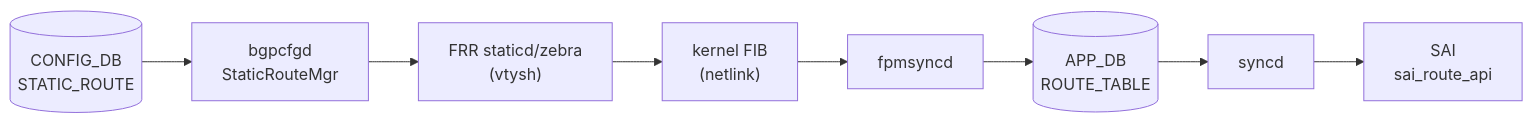
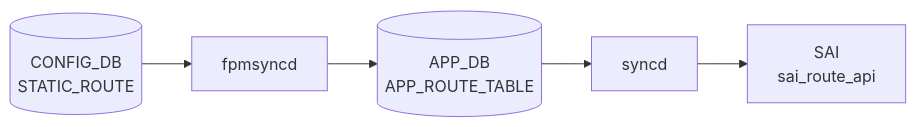
The diagram in docs/reference/config-db/static-route.md (aoki-taquan/sonic-unofficial-docs), drawn with Mermaid before and after one commit. The commit also changed 6 other files, not shown here.

Commit message:
chore(config-db): regenerate mermaid blocks after merge

````diff
--- a/docs/reference/config-db/static-route.md
+++ b/docs/reference/config-db/static-route.md
@@ -33,18 +33,12 @@
 ```mermaid
 flowchart LR
   CDB[("CONFIG_DB<br/>STATIC_ROUTE")]
-  BGPCFGD["bgpcfgd<br/>StaticRouteMgr"]
-  FRR["FRR staticd/zebra<br/>(vtysh)"]
-  KERNEL["kernel FIB<br/>(netlink)"]
   DM["fpmsyncd"]
-  CDB --> BGPCFGD
-  BGPCFGD --> FRR
-  FRR --> KERNEL
-  KERNEL --> DM
-  APPDB[("APP_DB<br/>ROUTE_TABLE")]
+  CDB --> DM
+  APPDB[("APP_DB<br/>APP_ROUTE_TABLE")]
   DM --> APPDB
   SYNCD["syncd"]
   APPDB --> SYNCD
   SAI["SAI<br/>sai_route_api"]
   SYNCD --> SAI
 ```
````
